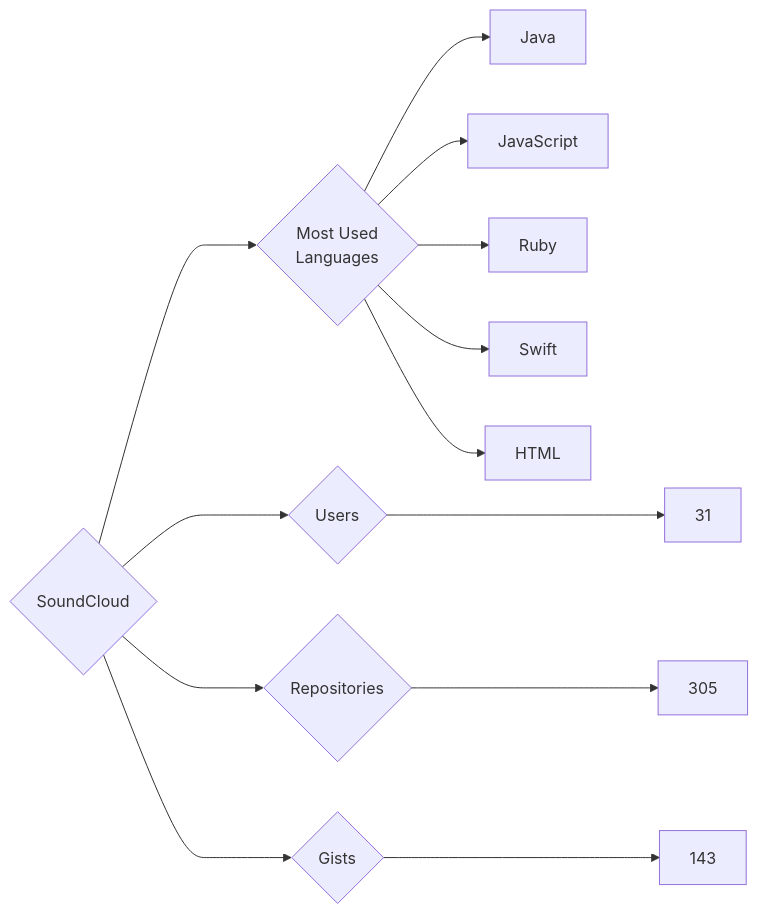
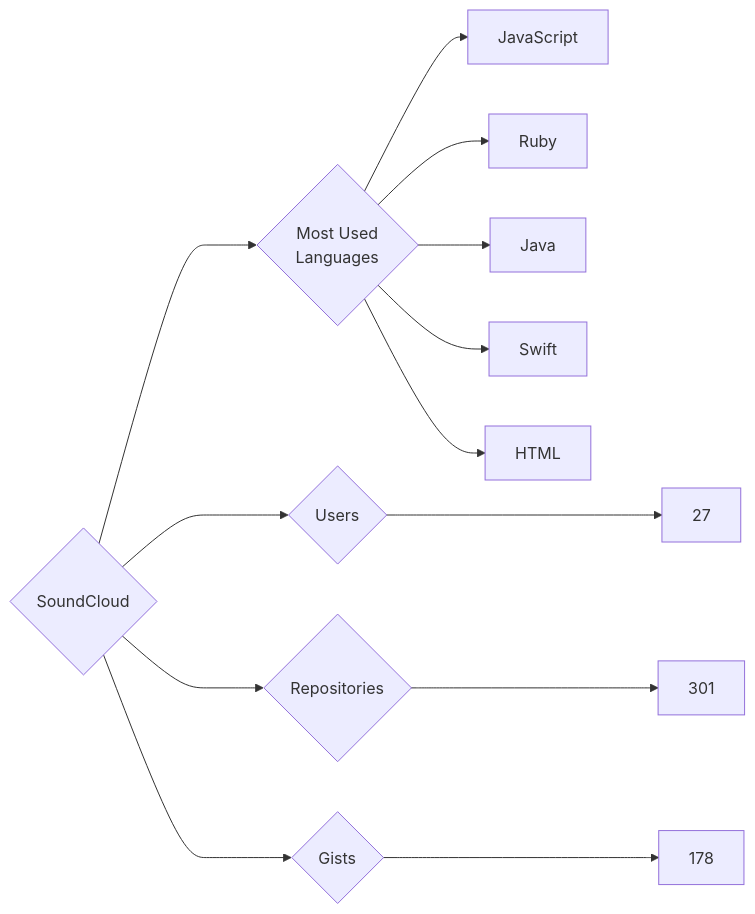
Before and after one commit to trickest/insiders: the diagram in targets/SoundCloud/README.md, drawn with Mermaid. The commit also changed 799 other files, not shown here.

````diff
--- a/targets/SoundCloud/README.md
+++ b/targets/SoundCloud/README.md
@@ -3,13 +3,13 @@
 ```mermaid
 graph LR
 COMPANY_NAME{SoundCloud}
-COMPANY_NAME ---> U{Users} ---> UN[31]
-COMPANY_NAME ---> R{Repositories} ---> RN[305]
-COMPANY_NAME ---> G{Gists} ---> GN[143]
+COMPANY_NAME ---> U{Users} ---> UN[27]
+COMPANY_NAME ---> R{Repositories} ---> RN[301]
+COMPANY_NAME ---> G{Gists} ---> GN[178]
 COMPANY_NAME ---> ML{Most Used<br>Languages}
-ML --> Java[Java]
 ML --> JavaScript[JavaScript]
 ML --> Ruby[Ruby]
+ML --> Java[Java]
 ML --> Swift[Swift]
 ML --> HTML[HTML]
 ```
````
